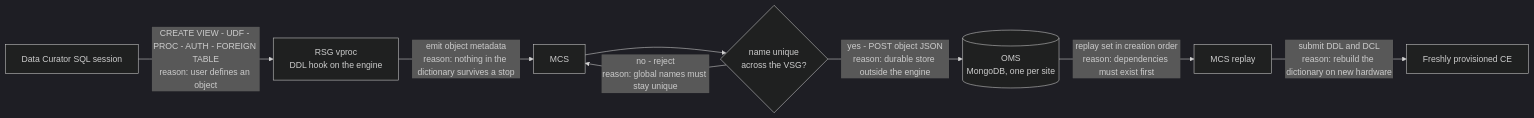
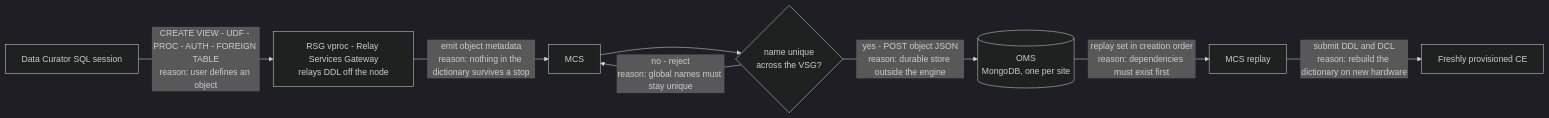
Before and after one commit to tisan-das/agent-skills: the third of 4 diagrams in skills/ce-ops/references/CE-DATA-PLANE.md, drawn with Mermaid (dark theme). The commit also changed other lines of this file and 2 other files, not shown here.

First line of the commit message:
fix(ce-ops): correct the RSG and DSA expansions, advertise the new capability

````diff
--- a/skills/ce-ops/references/CE-DATA-PLANE.md
+++ b/skills/ce-ops/references/CE-DATA-PLANE.md
@@ -194,18 +194,18 @@
 ```mermaid
 flowchart LR
     USER["Data Curator SQL session"]
-    RSG["RSG vproc<br/>DDL hook on the engine"]
+    RSG["RSG vproc - Relay Services Gateway<br/>relays DDL off the node"]
     MCS["MCS"]
     VSG{"name unique<br/>across the VSG?"}
     OMS[("OMS<br/>MongoDB, one per site")]
     MCS2["MCS replay"]
     CE2["Freshly provisioned CE"]
 
     USER -->|"CREATE VIEW - UDF - PROC - AUTH - FOREIGN TABLE<br/>reason: user defines an object"| RSG
     RSG -->|"emit object metadata<br/>reason: nothing in the dictionary survives a stop"| MCS
     MCS --> VSG
     VSG -->|"no - reject<br/>reason: global names must stay unique"| MCS
     VSG -->|"yes - POST object JSON<br/>reason: durable store outside the engine"| OMS
     OMS -->|"replay set in creation order<br/>reason: dependencies must exist first"| MCS2
     MCS2 -->|"submit DDL and DCL<br/>reason: rebuild the dictionary on new hardware"| CE2
 ```
````
